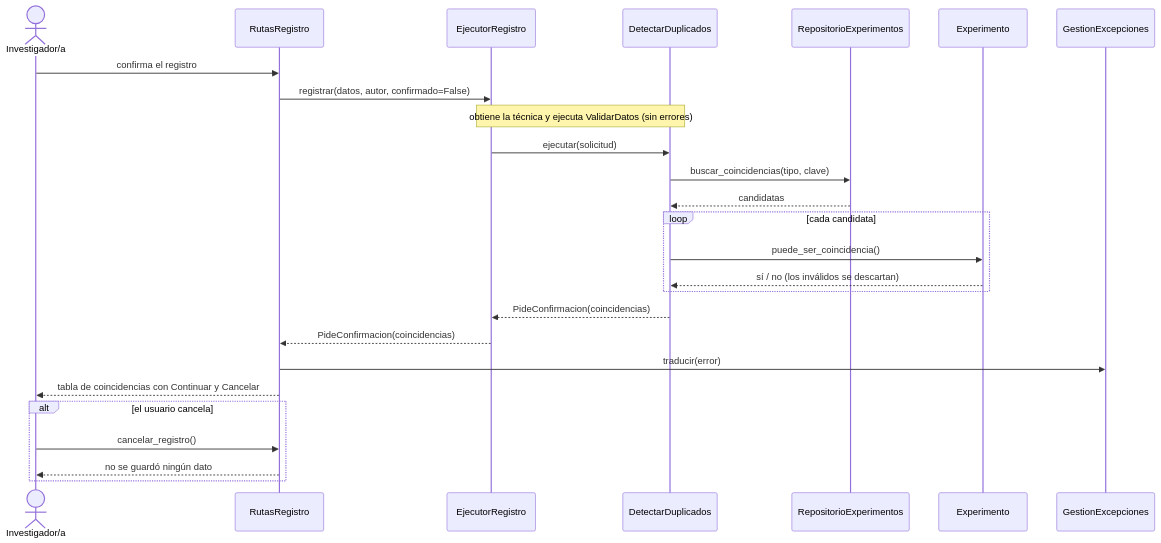
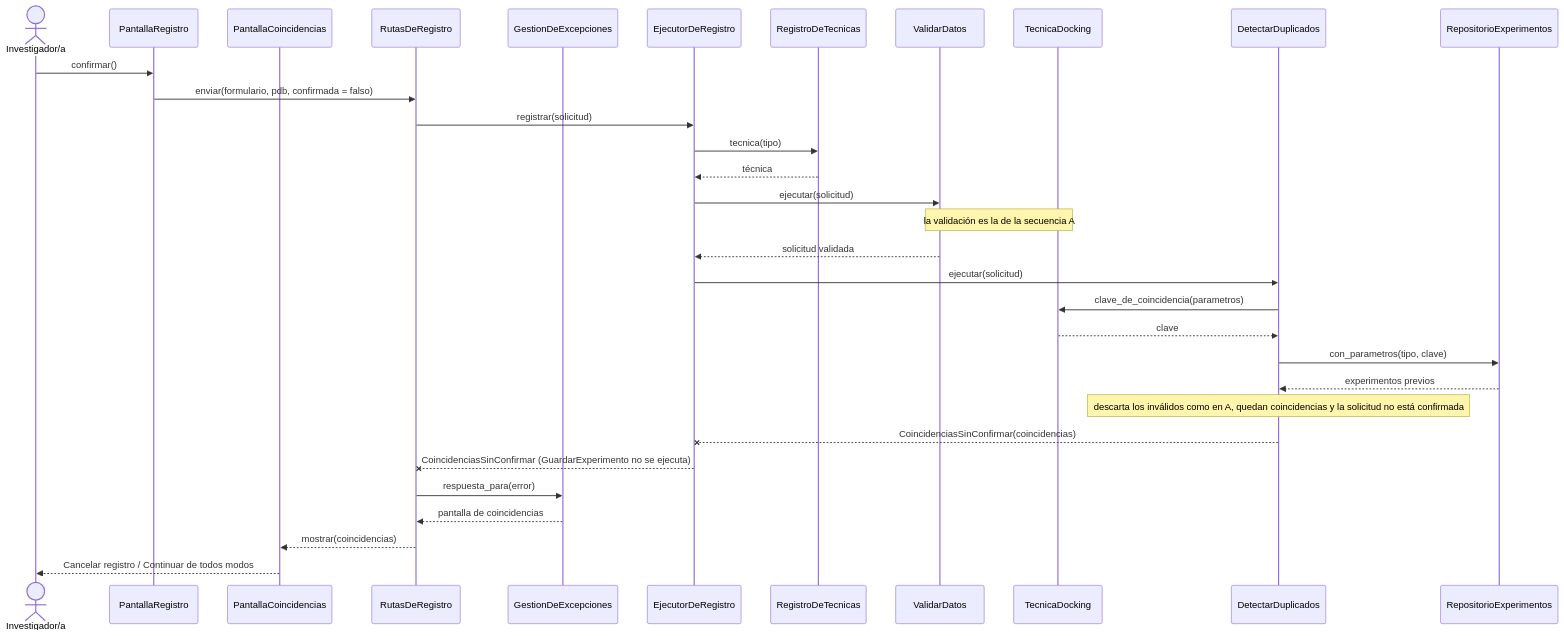
The third of 5 diagrams in diseno-detallado.md (juliana203/cosas-mias), drawn with Mermaid before and after one commit. The commit also changed other lines of this file, not shown here.

````diff
--- a/diseno-detallado.md
+++ b/diseno-detallado.md
@@ -238,28 +263,34 @@
 ```mermaid
 sequenceDiagram
     actor Inv as Investigador/a
-    participant RR as RutasRegistro
-    participant EJ as EjecutorRegistro
-    participant DD as DetectarDuplicados
-    participant REP as RepositorioExperimentos
-    participant E as Experimento
-    participant GX as GestionExcepciones
-    Inv->>RR: confirma el registro
-    RR->>EJ: registrar(datos, autor, confirmado=False)
-    Note over EJ,DD: obtiene la técnica y ejecuta ValidarDatos (sin errores)
-    EJ->>DD: ejecutar(solicitud)
-    DD->>REP: buscar_coincidencias(tipo, clave)
-    REP-->>DD: candidatas
-    loop cada candidata
-        DD->>E: puede_ser_coincidencia()
-        E-->>DD: sí / no (los inválidos se descartan)
-    end
-    DD-->>EJ: PideConfirmacion(coincidencias)
-    EJ-->>RR: PideConfirmacion(coincidencias)
-    RR->>GX: traducir(error)
-    RR-->>Inv: tabla de coincidencias con Continuar y Cancelar
-    alt el usuario cancela
-        Inv->>RR: cancelar_registro()
-        RR-->>Inv: no se guardó ningún dato
-    end
+    participant PR as PantallaRegistro
+    participant PC as PantallaCoincidencias
+    participant RR as RutasDeRegistro
+    participant GX as GestionDeExcepciones
+    participant E as EjecutorDeRegistro
+    participant RT as RegistroDeTecnicas
+    participant V as ValidarDatos
+    participant T as TecnicaDocking
+    participant D as DetectarDuplicados
+    participant RX as RepositorioExperimentos
+    Inv->>PR: confirmar()
+    PR->>RR: enviar(formulario, pdb, confirmada = falso)
+    RR->>E: registrar(solicitud)
+    E->>RT: tecnica(tipo)
+    RT-->>E: técnica
+    E->>V: ejecutar(solicitud)
+    Note over V,T: la validación es la de la secuencia A
+    V-->>E: solicitud validada
+    E->>D: ejecutar(solicitud)
+    D->>T: clave_de_coincidencia(parametros)
+    T-->>D: clave
+    D->>RX: con_parametros(tipo, clave)
+    RX-->>D: experimentos previos
+    Note over D: descarta los inválidos como en A, quedan coincidencias y la solicitud no está confirmada
+    D--xE: CoincidenciasSinConfirmar(coincidencias)
+    E--xRR: CoincidenciasSinConfirmar (GuardarExperimento no se ejecuta)
+    RR->>GX: respuesta_para(error)
+    GX-->>RR: pantalla de coincidencias
+    RR-->>PC: mostrar(coincidencias)
+    PC-->>Inv: Cancelar registro / Continuar de todos modos
 ```
````
